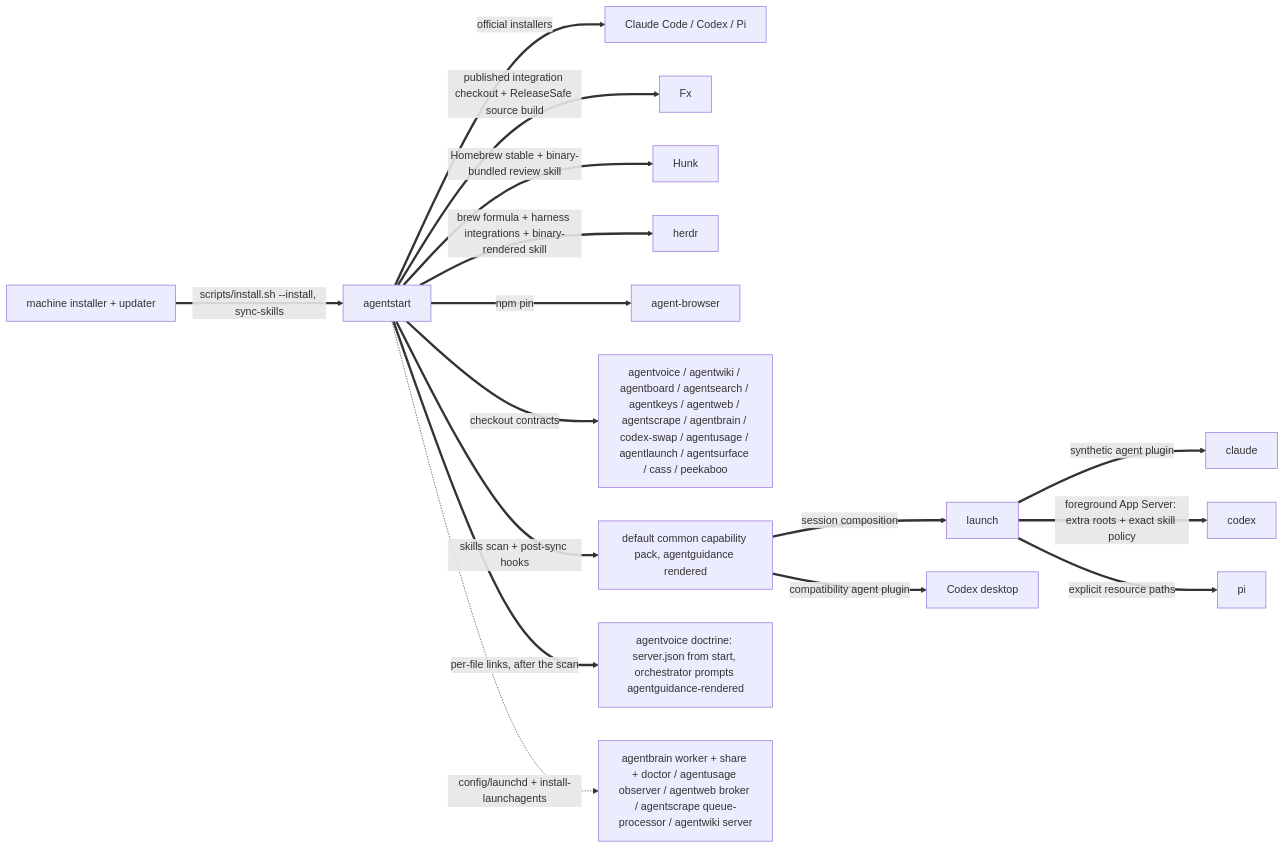
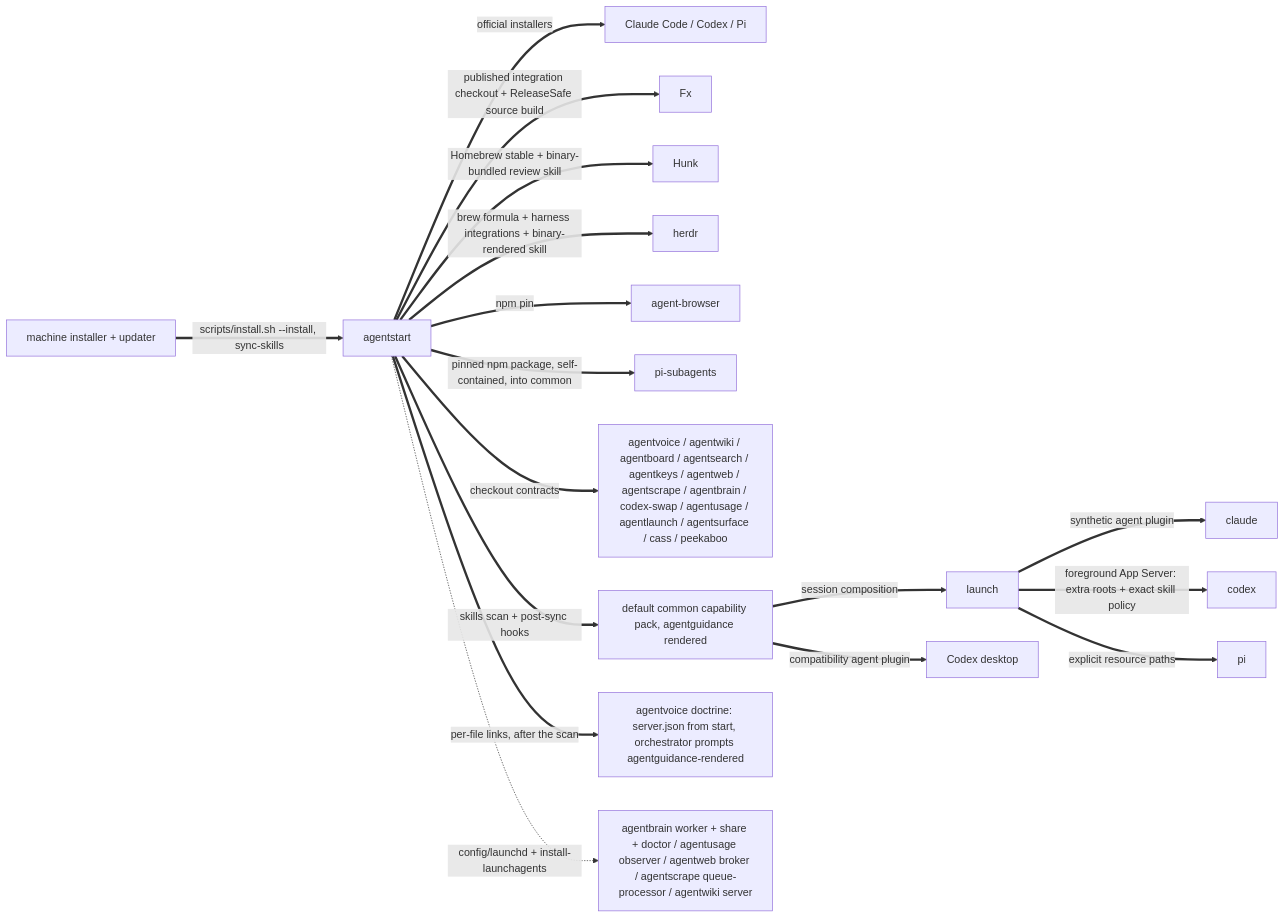
One commit to possibilities/agentstart changed the second of 3 diagrams in skills/fleet/MAP.md. Above: the diagram before and after it, drawn with Mermaid. The commit also changed other lines of this file and 6 other files, not shown here.

````diff
--- a/skills/fleet/MAP.md
+++ b/skills/fleet/MAP.md
@@ -80,21 +80,22 @@
 ```mermaid
 flowchart LR
     machine[machine installer + updater]
     start[agentstart]
 
     machine ==>|scripts/install.sh --install, sync-skills| start
     start ==>|official installers| harnesses[Claude Code / Codex / Pi]
     start ==>|published integration checkout + ReleaseSafe source build| fx[Fx]
     start ==>|Homebrew stable + binary-bundled review skill| hunk[Hunk]
     start ==>|brew formula + harness integrations + binary-rendered skill| herdrInstall[herdr]
     start ==>|npm pin| browser[agent-browser]
+    start ==>|pinned npm package, self-contained, into common| piSubagents[pi-subagents]
     start ==>|checkout contracts| fleet[agentvoice / agentwiki / agentboard / agentsearch / agentkeys / agentweb / agentscrape / agentbrain / codex-swap / agentusage / agentlaunch / agentsurface / cass / peekaboo]
     start ==>|skills scan + post-sync hooks| skills[default common capability pack, agentguidance rendered]
     skills ==>|session composition| launch
     launch ==>|synthetic agent plugin| claude
     launch ==>|foreground App Server: extra roots + exact skill policy| codex
     launch ==>|explicit resource paths| pi
     skills ==>|compatibility agent plugin| codexDesktop[Codex desktop]
     start ==>|per-file links, after the scan| voiceDoctrine[agentvoice doctrine: server.json from start, orchestrator prompts agentguidance-rendered]
     start -.->|config/launchd + install-launchagents| services[agentbrain worker + share + doctor / agentusage observer / agentweb broker / agentscrape queue-processor / agentwiki server]
 ```
````
